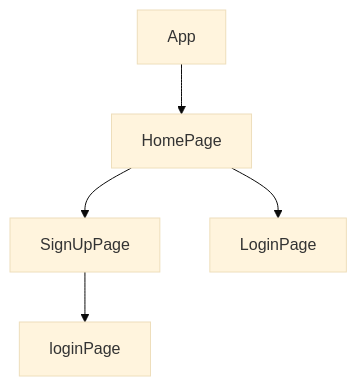
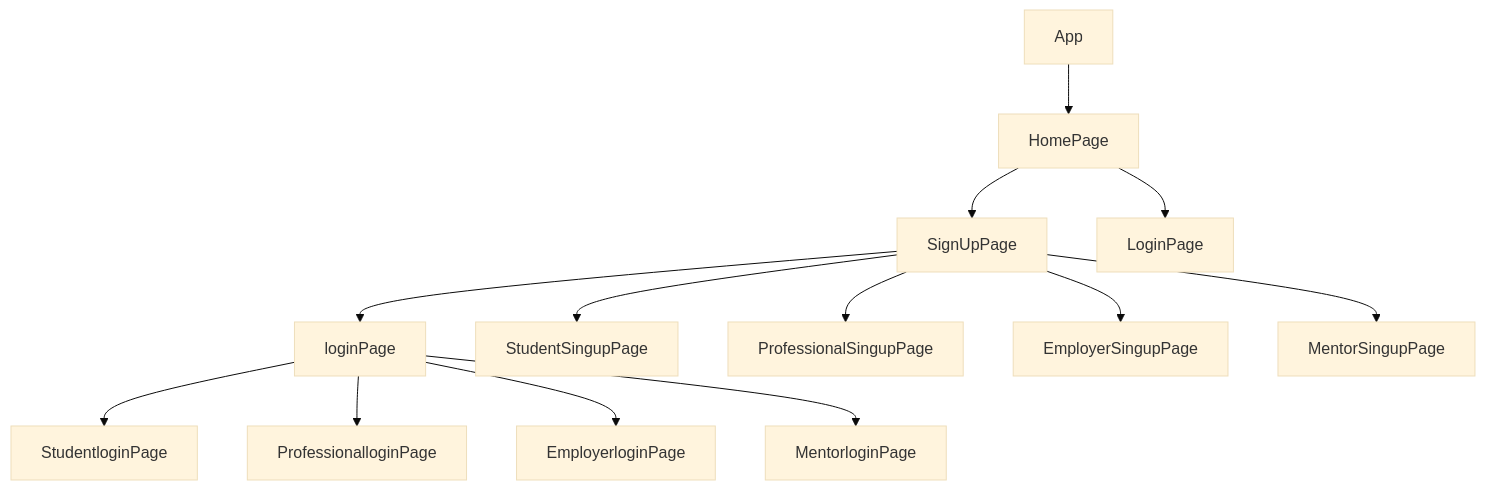
The diagram in README.md (Skilltank01/SkilltankWebsite), drawn with Mermaid (base theme) before and after one commit. The commit also changed other lines of this file, not shown here.

````diff
--- a/README.md
+++ b/README.md
@@ -67,9 +74,16 @@
 ```mermaid
 graph TD;
     App-->HomePage
     HomePage-->SignUpPage;
      HomePage-->LoginPage;
       SignUpPage-->loginPage;
-       
-     
+SignUpPage-->StudentSingupPage;
+ SignUpPage-->ProfessionalSingupPage;
+ SignUpPage-->EmployerSingupPage;
+ SignUpPage-->MentorSingupPage;
+  loginPage-->StudentloginPage;
+ loginPage-->ProfessionalloginPage;
+ loginPage-->EmployerloginPage;
+ loginPage-->MentorloginPage;
+        
 ```
````
